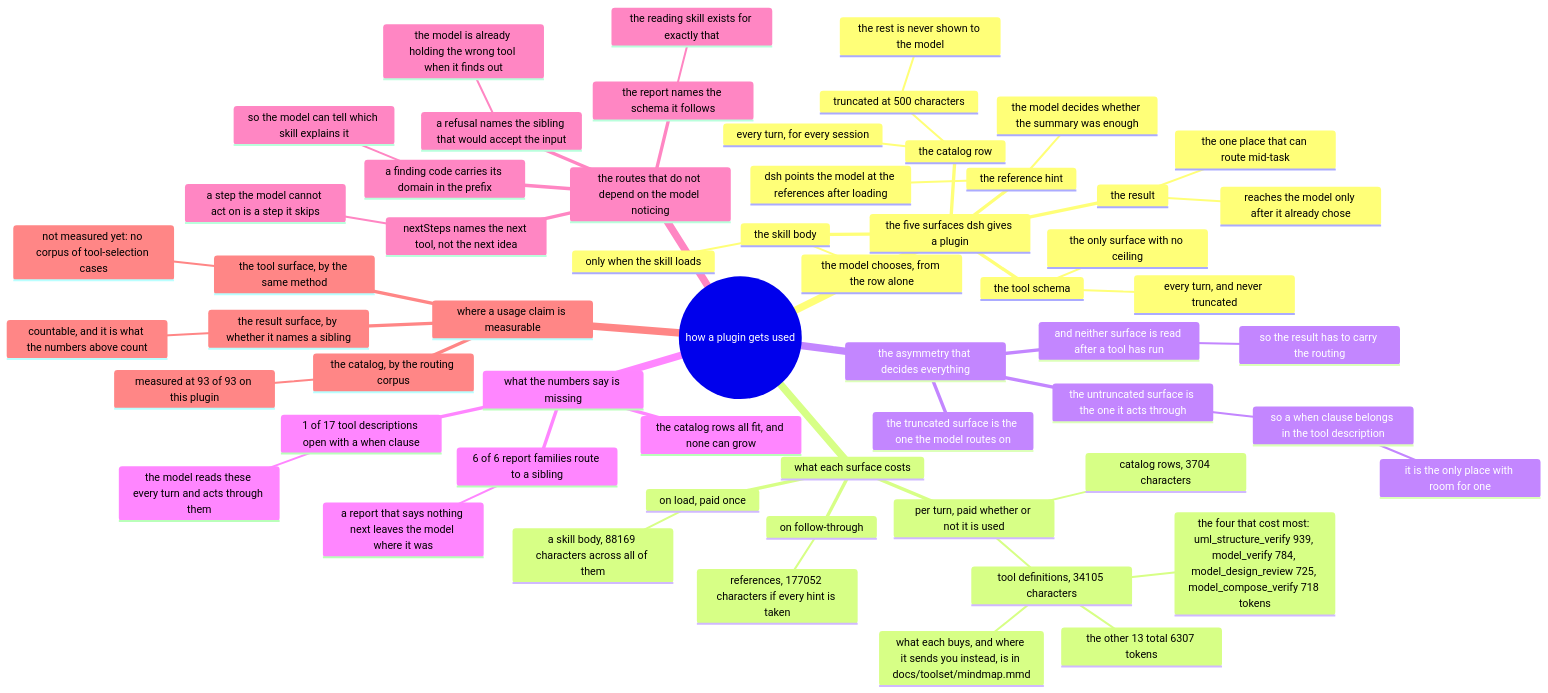
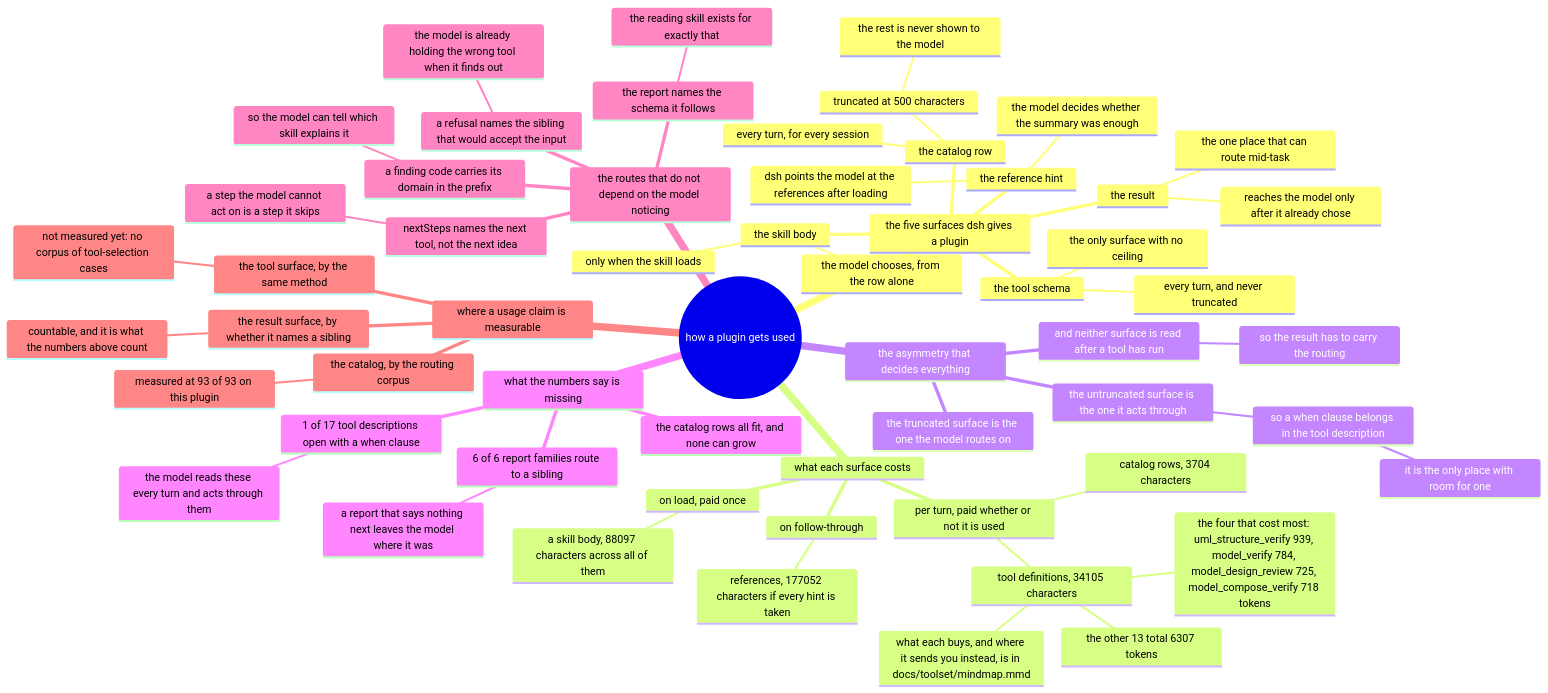
One commit to AmethystLuna/dsh-model-everything changed the diagram in docs/usage/mindmap.mmd. Above: the diagram before and after it, drawn with Mermaid. The commit also changed 17 other files, not shown here.

```diff
--- a/docs/usage/mindmap.mmd
+++ b/docs/usage/mindmap.mmd
@@ -1,59 +1,59 @@
 mindmap
 root((how a plugin gets used))
   the five surfaces dsh gives a plugin
     the catalog row
       every turn, for every session
       truncated at 500 characters
         the rest is never shown to the model
     the skill body
       only when the skill loads
       the model chooses, from the row alone
     the reference hint
       dsh points the model at the references after loading
       the model decides whether the summary was enough
     the tool schema
       every turn, and never truncated
       the only surface with no ceiling
     the result
       reaches the model only after it already chose
       the one place that can route mid-task
   what each surface costs
     per turn, paid whether or not it is used
       catalog rows, 3704 characters
       tool definitions, 34105 characters
         the four that cost most: uml_structure_verify 939, model_verify 784, model_design_review 725, model_compose_verify 718 tokens
         the other 13 total 6307 tokens
         what each buys, and where it sends you instead, is in docs/toolset/mindmap.mmd
     on load, paid once
-      a skill body, 88169 characters across all of them
+      a skill body, 88097 characters across all of them
     on follow-through
       references, 177052 characters if every hint is taken
   the asymmetry that decides everything
     the truncated surface is the one the model routes on
     the untruncated surface is the one it acts through
       so a when clause belongs in the tool description
         it is the only place with room for one
     and neither surface is read after a tool has run
       so the result has to carry the routing
   what the numbers say is missing
     1 of 17 tool descriptions open with a when clause
       the model reads these every turn and acts through them
     6 of 6 report families route to a sibling
       a report that says nothing next leaves the model where it was
     the catalog rows all fit, and none can grow
   the routes that do not depend on the model noticing
     a refusal names the sibling that would accept the input
       the model is already holding the wrong tool when it finds out
     nextSteps names the next tool, not the next idea
       a step the model cannot act on is a step it skips
     a finding code carries its domain in the prefix
       so the model can tell which skill explains it
     the report names the schema it follows
       the reading skill exists for exactly that
   where a usage claim is measurable
     the catalog, by the routing corpus
       measured at 93 of 93 on this plugin
     the tool surface, by the same method
       not measured yet: no corpus of tool-selection cases
     the result surface, by whether it names a sibling
       countable, and it is what the numbers above count
```
